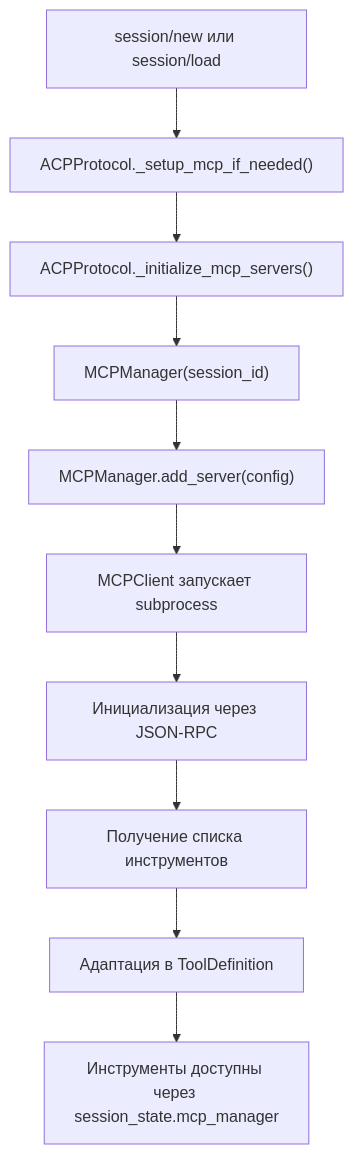
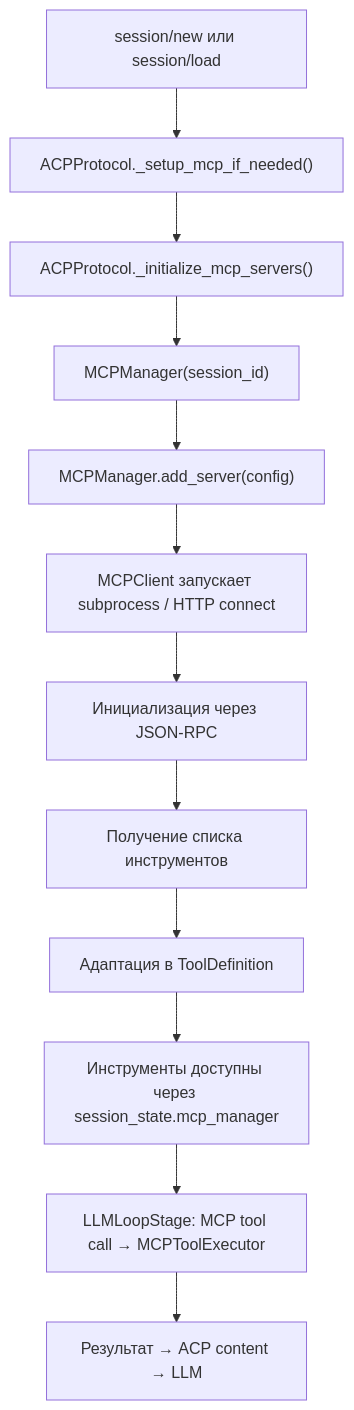
Before and after one commit to pese-git/codelab-agent: diagram 15 of 18 in openspec/specs/codelab.md, drawn with Mermaid. The commit also changed other lines of this file and 2 other files, not shown here.

Commit message:
docs: обновить документацию MCP интеграции — завершение всех фаз, Sampling/Elicitation N/A

````diff
--- a/openspec/specs/codelab.md
+++ b/openspec/specs/codelab.md
@@ -908,15 +914,17 @@
 ```mermaid
 flowchart TD
     A["session/new или session/load"]
     B["ACPProtocol._setup_mcp_if_needed()"]
     C["ACPProtocol._initialize_mcp_servers()"]
     D["MCPManager(session_id)"]
     E["MCPManager.add_server(config)"]
-    F["MCPClient запускает subprocess"]
+    F["MCPClient запускает subprocess / HTTP connect"]
     G["Инициализация через JSON-RPC"]
     H["Получение списка инструментов"]
     I["Адаптация в ToolDefinition"]
     J["Инструменты доступны через session_state.mcp_manager"]
+    K["LLMLoopStage: MCP tool call → MCPToolExecutor"]
+    L["Результат → ACP content → LLM"]
 
-    A --> B --> C --> D --> E --> F --> G --> H --> I --> J
+    A --> B --> C --> D --> E --> F --> G --> H --> I --> J --> K --> L
 ```
````
